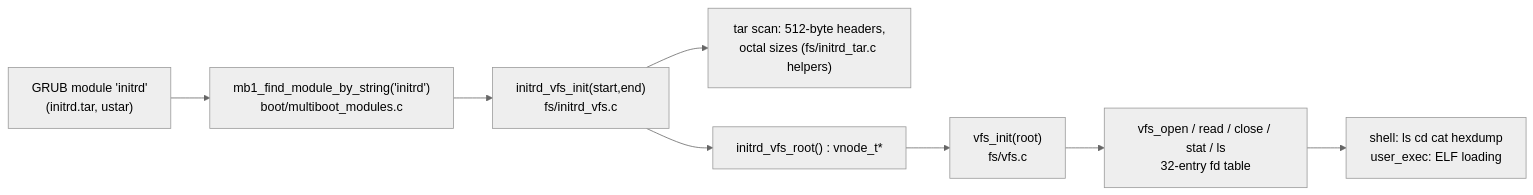
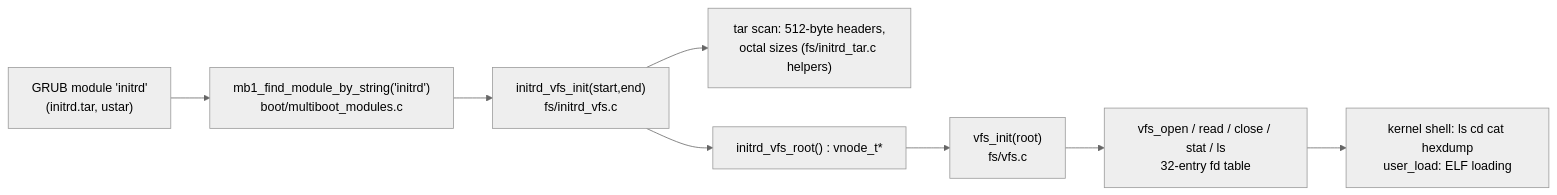
The seventh of 8 diagrams in docs/architecture.md (Bobliuuu/bobliu-os), drawn with Mermaid (neutral theme) before and after one commit. The commit also changed other lines of this file and 1 other file, not shown here.

Commit message:
update docs for the process model and user shell

````diff
--- a/docs/architecture.md
+++ b/docs/architecture.md
@@ -268,10 +410,10 @@
 ```mermaid
 flowchart LR
     GRUB["GRUB module 'initrd'<br/>(initrd.tar, ustar)"] --> MB["mb1_find_module_by_string('initrd')<br/>boot/multiboot_modules.c"]
     MB --> IV["initrd_vfs_init(start,end)<br/>fs/initrd_vfs.c"]
     IV --> TAR["tar scan: 512-byte headers,<br/>octal sizes (fs/initrd_tar.c helpers)"]
     IV --> ROOT["initrd_vfs_root() : vnode_t*"]
     ROOT --> VI["vfs_init(root)<br/>fs/vfs.c"]
     VI --> API["vfs_open / read / close / stat / ls<br/>32-entry fd table"]
-    API --> CONSUMERS["shell: ls cd cat hexdump<br/>user_exec: ELF loading"]
+    API --> CONSUMERS["kernel shell: ls cd cat hexdump<br/>user_load: ELF loading"]
 ```
````
